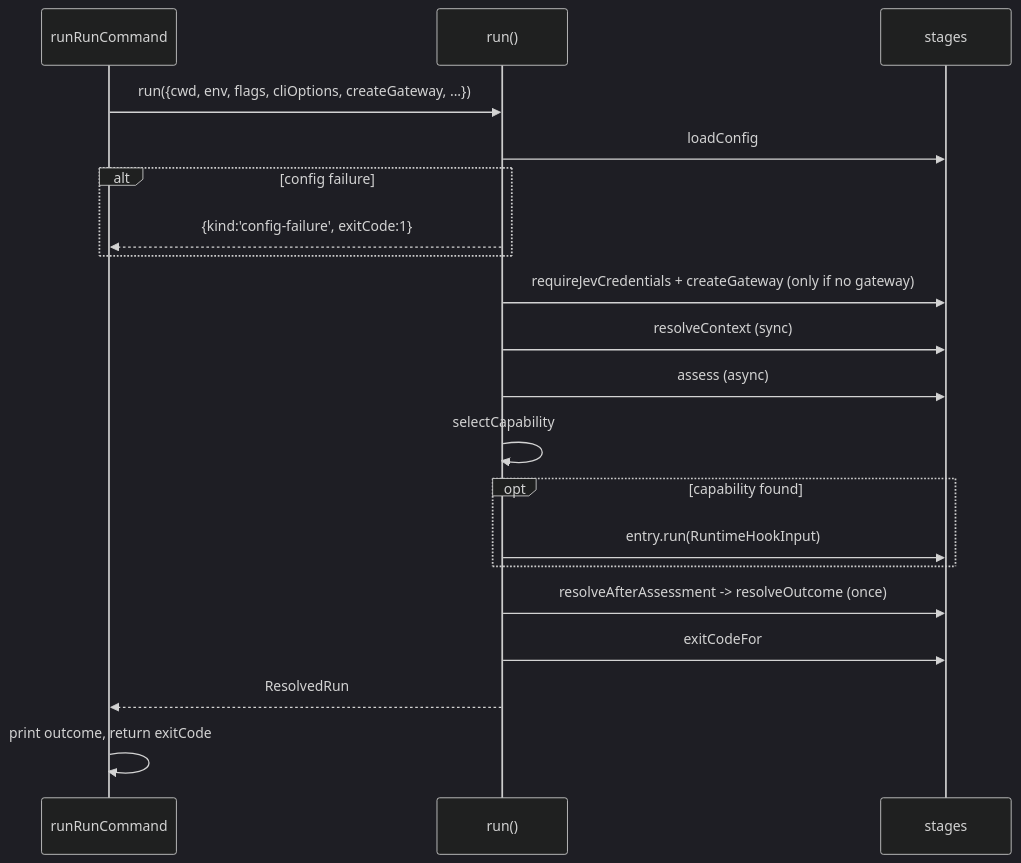
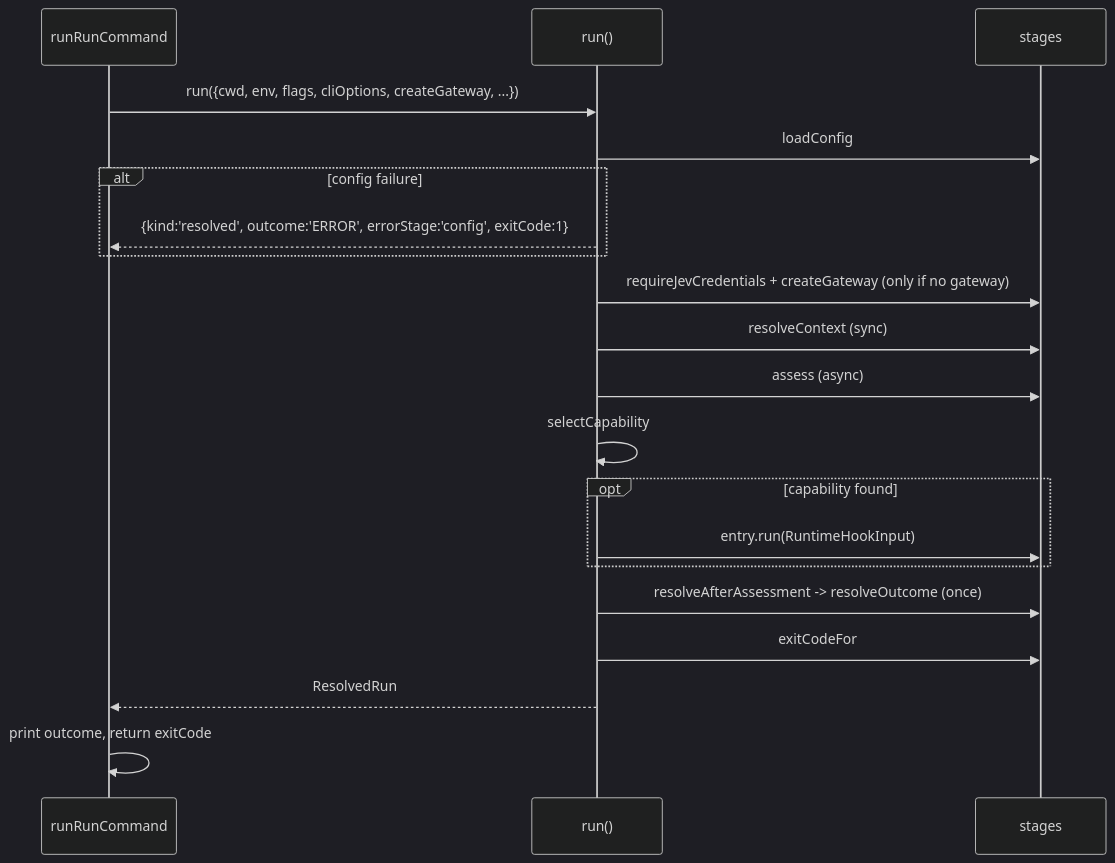
The second of 2 diagrams in .kiro/specs/run-vertical-slice/design.md (rfxlamia/ce), drawn with Mermaid (dark theme) before and after one commit. The commit also changed other lines of this file and 12 other files, not shown here.

First line of the commit message:
fix(run): resolve config failures to ERROR via resolveOutcome (SPEC 7.1, #43 review)

````diff
--- a/.kiro/specs/run-vertical-slice/design.md
+++ b/.kiro/specs/run-vertical-slice/design.md
@@ -76,22 +76,22 @@
 ```mermaid
 sequenceDiagram
     participant C as runRunCommand
     participant P as run()
     participant S as stages
     C->>P: run({cwd, env, flags, cliOptions, createGateway, ...})
     P->>S: loadConfig
     alt config failure
-        P-->>C: {kind:'config-failure', exitCode:1}
+        P-->>C: {kind:'resolved', outcome:'ERROR', errorStage:'config', exitCode:1}
     end
     P->>S: requireJevCredentials + createGateway (only if no gateway)
     P->>S: resolveContext (sync)
     P->>S: assess (async)
     P->>P: selectCapability
     opt capability found
         P->>S: entry.run(RuntimeHookInput)
     end
     P->>S: resolveAfterAssessment -> resolveOutcome (once)
     P->>S: exitCodeFor
     P-->>C: ResolvedRun
     C->>C: print outcome, return exitCode
 ```
````
